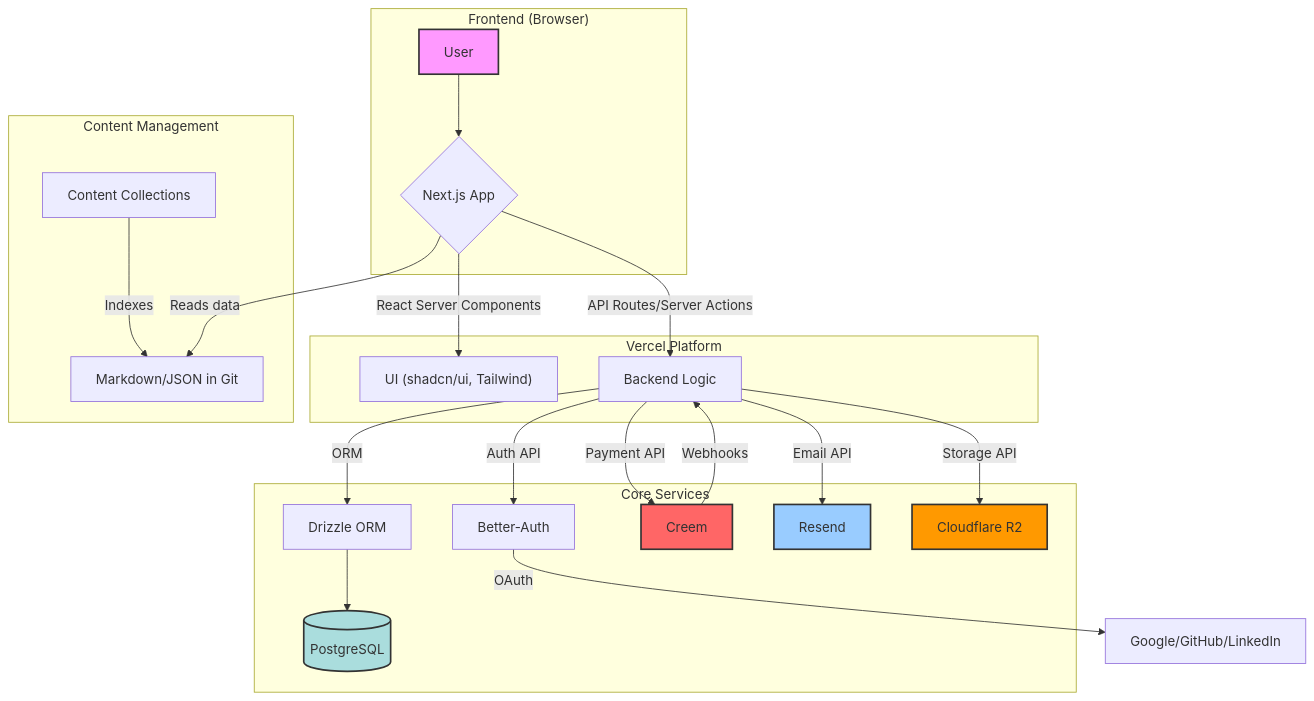
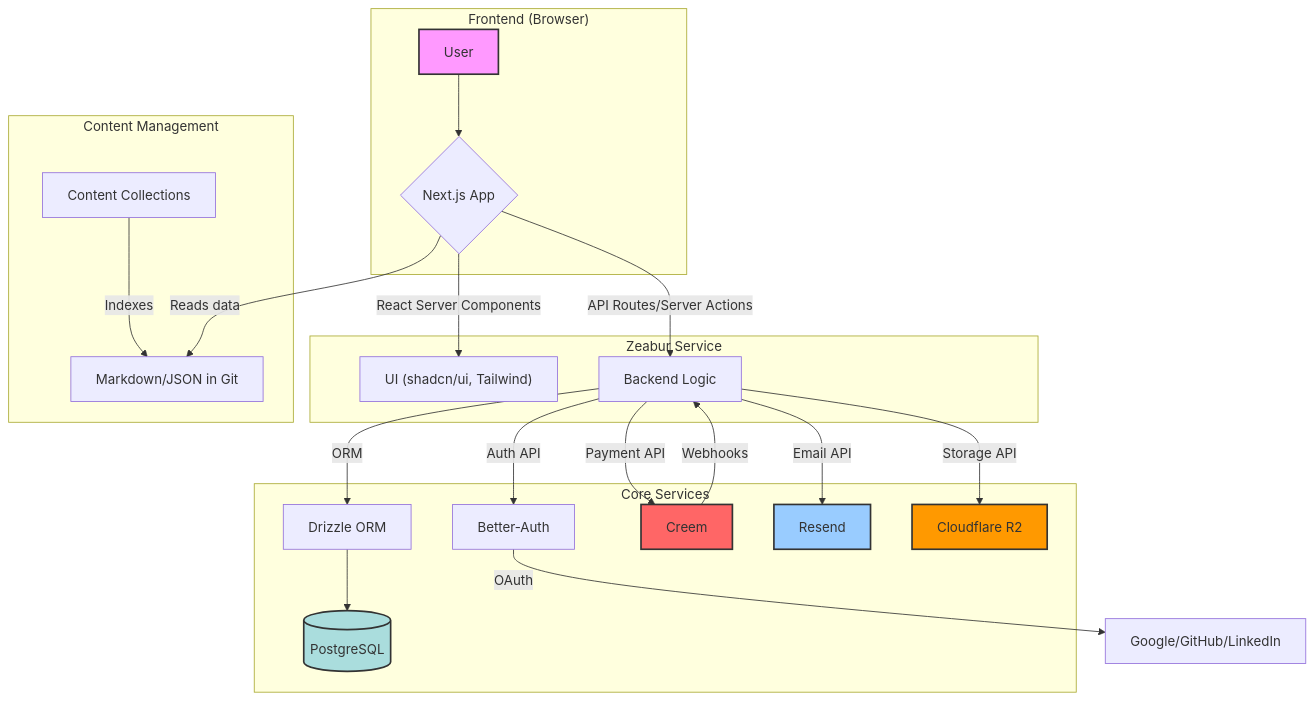
Before and after one commit to UllrAI/SaaS-Starter: the first of 5 diagrams in content/blog/en/saas-starter-kit-developer-guide.md, drawn with Mermaid. The commit also changed other lines of this file and 194 other files, not shown here.

````diff
--- a/content/blog/en/saas-starter-kit-developer-guide.md
+++ b/content/blog/en/saas-starter-kit-developer-guide.md
@@ -102,34 +102,34 @@
 ```mermaid
 graph TD
     subgraph "Frontend (Browser)"
         A[User] --> B{Next.js App};
     end
 
-    subgraph "Vercel Platform"
+    subgraph "Zeabur Service"
         B -- React Server Components --> C["UI (shadcn/ui, Tailwind)"];
         B -- API Routes/Server Actions --> D[Backend Logic];
     end
 
     subgraph "Core Services"
         D -- ORM --> E[Drizzle ORM];
         E --> F[(PostgreSQL)];
         D -- Auth API --> G[Better-Auth];
         D -- Payment API --> H[Creem];
         D -- Email API --> I[Resend];
         D -- Storage API --> J[Cloudflare R2];
     end
 
     subgraph "Content Management"
         K[Content Collections] -- Indexes --> L[Markdown/JSON in Git];
         B -- Reads data --> L;
     end
 
     G -- OAuth --> M[Google/GitHub/LinkedIn];
     H -- Webhooks --> D;
 
     style A fill:#f9f,stroke:#333,stroke-width:2px;
     style F fill:#add,stroke:#333,stroke-width:2px;
     style J fill:#f90,stroke:#333,stroke-width:2px;
     style H fill:#f66,stroke:#333,stroke-width:2px;
     style I fill:#9cf,stroke:#333,stroke-width:2px;
 ```
````
